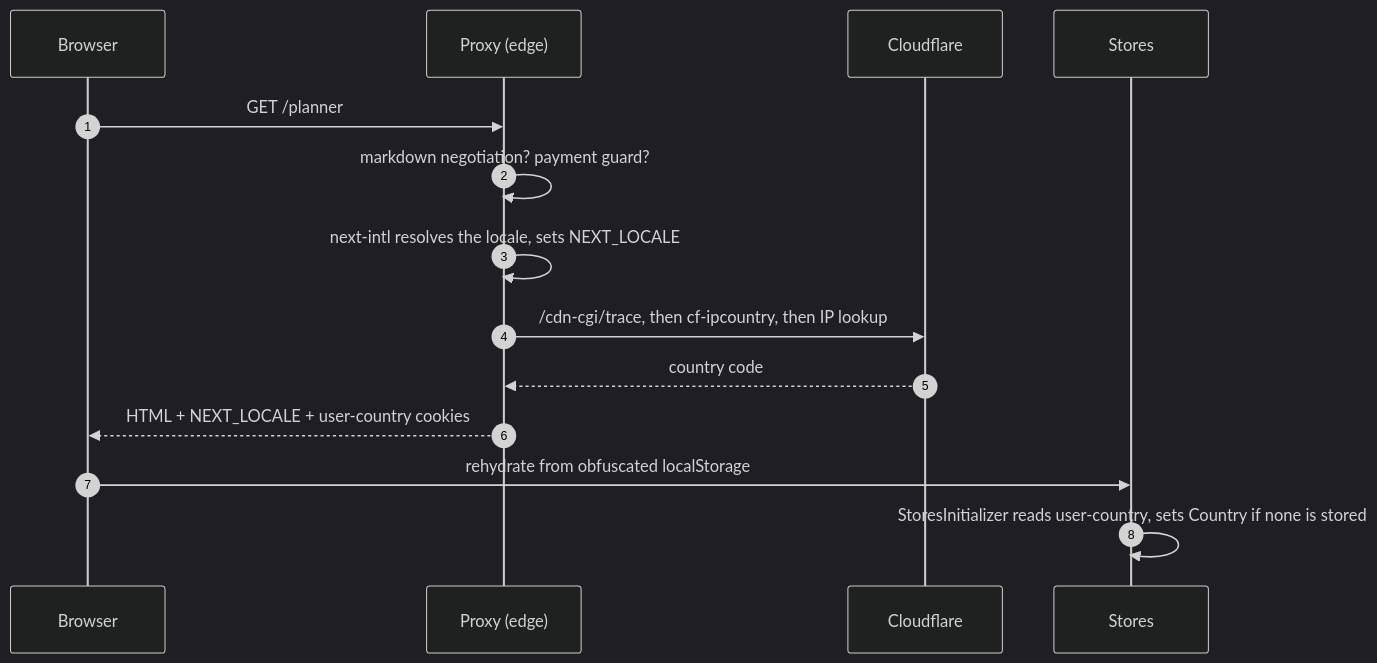
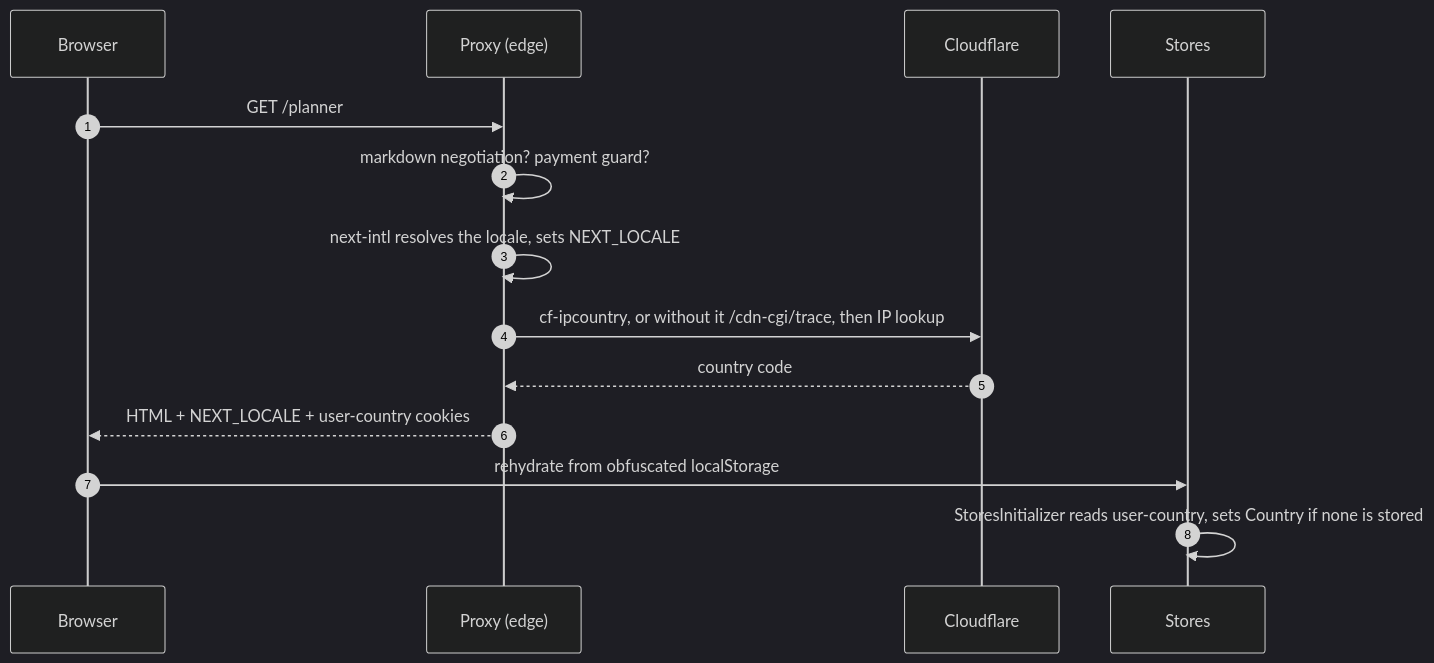
Before and after one commit to fbuireu/forever-pto: the second of 3 diagrams in apps/docs/src/content/docs/how-it-works/overview.mdx, drawn with Mermaid (dark theme). The commit also changed other lines of this file and 232 other files, not shown here.

````diff
--- a/apps/docs/src/content/docs/how-it-works/overview.mdx
+++ b/apps/docs/src/content/docs/how-it-works/overview.mdx
@@ -54,16 +54,16 @@
 ```mermaid
 sequenceDiagram
   autonumber
   participant B as Browser
   participant P as Proxy (edge)
   participant CF as Cloudflare
   participant S as Stores
   B->>P: GET /planner
   P->>P: markdown negotiation? payment guard?
   P->>P: next-intl resolves the locale, sets NEXT_LOCALE
-  P->>CF: /cdn-cgi/trace, then cf-ipcountry, then IP lookup
+  P->>CF: cf-ipcountry, or without it /cdn-cgi/trace, then IP lookup
   CF-->>P: country code
   P-->>B: HTML + NEXT_LOCALE + user-country cookies
   B->>S: rehydrate from obfuscated localStorage
   S->>S: StoresInitializer reads user-country, sets Country if none is stored
 ```
````
